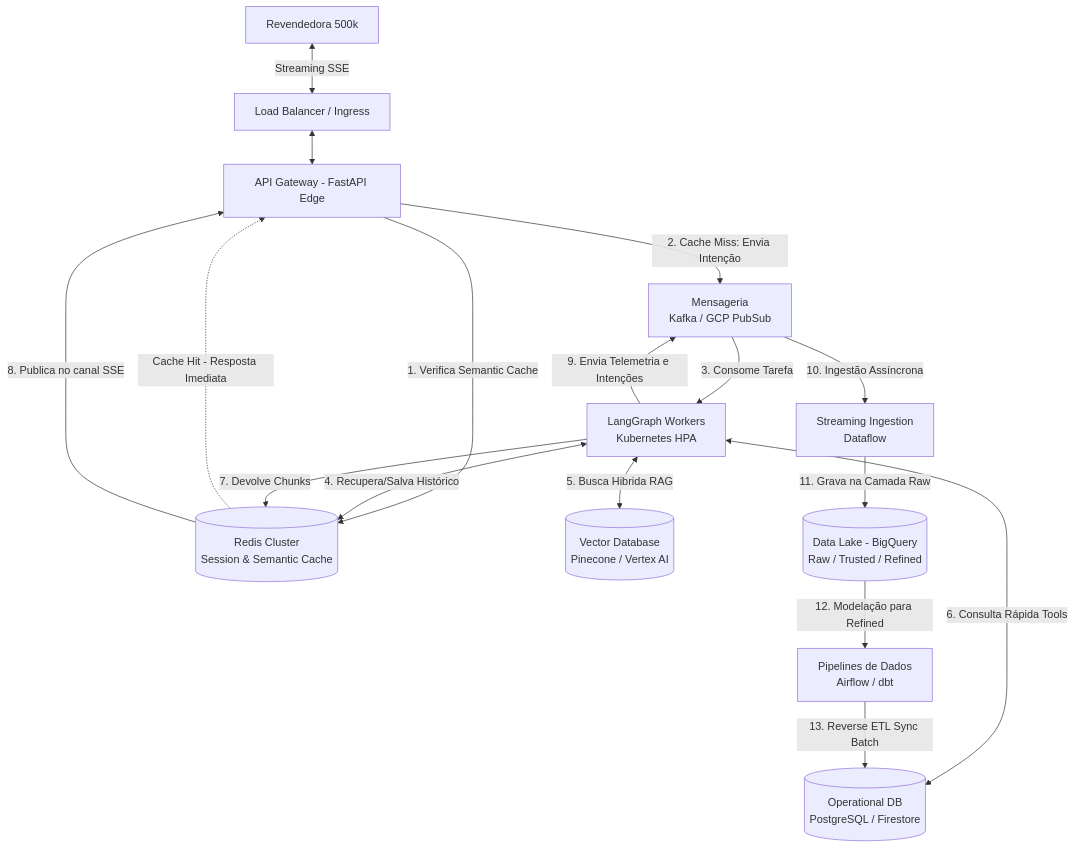
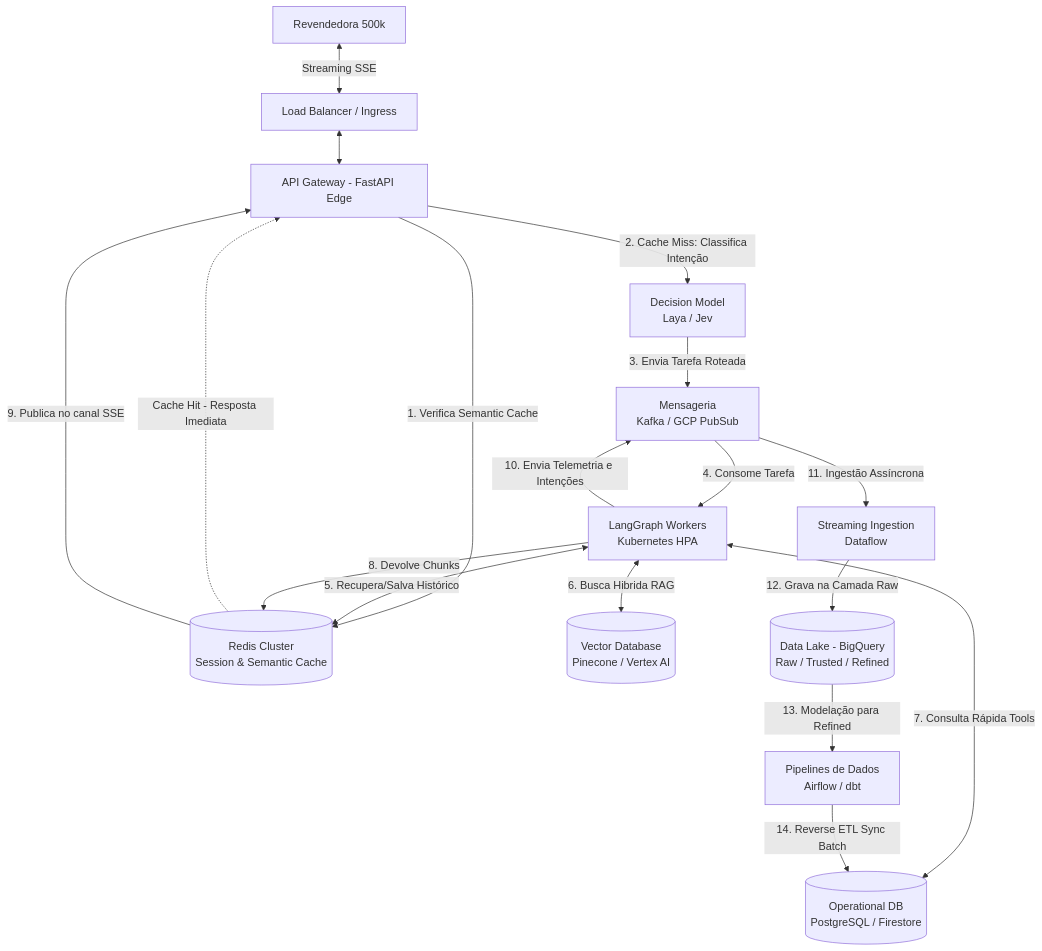
One commit to KattsonBastos/gb-support-agent-case changed the first of 2 diagrams in docs/system-design-500k.md. Above: the diagram before and after it, drawn with Mermaid. The commit also changed other lines of this file, not shown here.

Commit message:
docs: add decision model routing and langgraph sub-graphs architecture to system design

````diff
--- a/docs/system-design-500k.md
+++ b/docs/system-design-500k.md
@@ -16,47 +16,49 @@
 ```mermaid
 flowchart TD
     %% Nós de Borda e Orquestração
     R[Revendedora 500k]
     LB[Load Balancer / Ingress]
     API[API Gateway - FastAPI Edge]
     Redis[(Redis Cluster\nSession & Semantic Cache)]
+    Router[Decision Model\nLaya / Jev]
     Broker[Mensageria\nKafka / GCP PubSub]
     Workers[LangGraph Workers\nKubernetes HPA]
     
     %% Conhecimento e Ações
     RAG[(Vector Database\nPinecone / Vertex AI)]
     FastDB[(Operational DB\nPostgreSQL / Firestore)]
     
     %% Data Lake e Ingestão
     Ingest[Streaming Ingestion\nDataflow]
     BQ[(Data Lake - BigQuery\nRaw / Trusted / Refined)]
     Airflow[Pipelines de Dados\nAirflow / dbt]
 
     %% Fluxos de Interação
     R <-->|Streaming SSE| LB
     LB <--> API
     
     %% Roteamento na Borda
     API -->|1. Verifica Semantic Cache| Redis
     Redis -.->|Cache Hit - Resposta Imediata| API
     
-    %% Fluxo Assíncrono
-    API -->|2. Cache Miss: Envia Intenção| Broker
-    Broker -->|3. Consome Tarefa| Workers
-    Workers <-->|4. Recupera/Salva Histórico| Redis
+    %% Fluxo Assíncrono com Decision Model
+    API -->|2. Cache Miss: Classifica Intenção| Router
+    Router -->|3. Envia Tarefa Roteada| Broker
+    Broker -->|4. Consome Tarefa| Workers
+    Workers <-->|5. Recupera/Salva Histórico| Redis
     
     %% Raciocínio e Tools
-    Workers <-->|5. Busca Hibrida RAG| RAG
-    Workers <-->|6. Consulta Rápida Tools| FastDB
+    Workers <-->|6. Busca Hibrida RAG| RAG
+    Workers <-->|7. Consulta Rápida Tools| FastDB
     
     %% Devolução
-    Workers -->|7. Devolve Chunks| Redis
-    Redis -->|8. Publica no canal SSE| API
+    Workers -->|8. Devolve Chunks| Redis
+    Redis -->|9. Publica no canal SSE| API
     
     %% Integração Bidirecional com Data Lake
-    Workers -->|9. Envia Telemetria e Intenções| Broker
-    Broker -->|10. Ingestão Assíncrona| Ingest
-    Ingest -->|11. Grava na Camada Raw| BQ
-    BQ -->|12. Modelação para Refined| Airflow
-    Airflow -->|13. Reverse ETL Sync Batch| FastDB
+    Workers -->|10. Envia Telemetria e Intenções| Broker
+    Broker -->|11. Ingestão Assíncrona| Ingest
+    Ingest -->|12. Grava na Camada Raw| BQ
+    BQ -->|13. Modelação para Refined| Airflow
+    Airflow -->|14. Reverse ETL Sync Batch| FastDB
 ```
````
